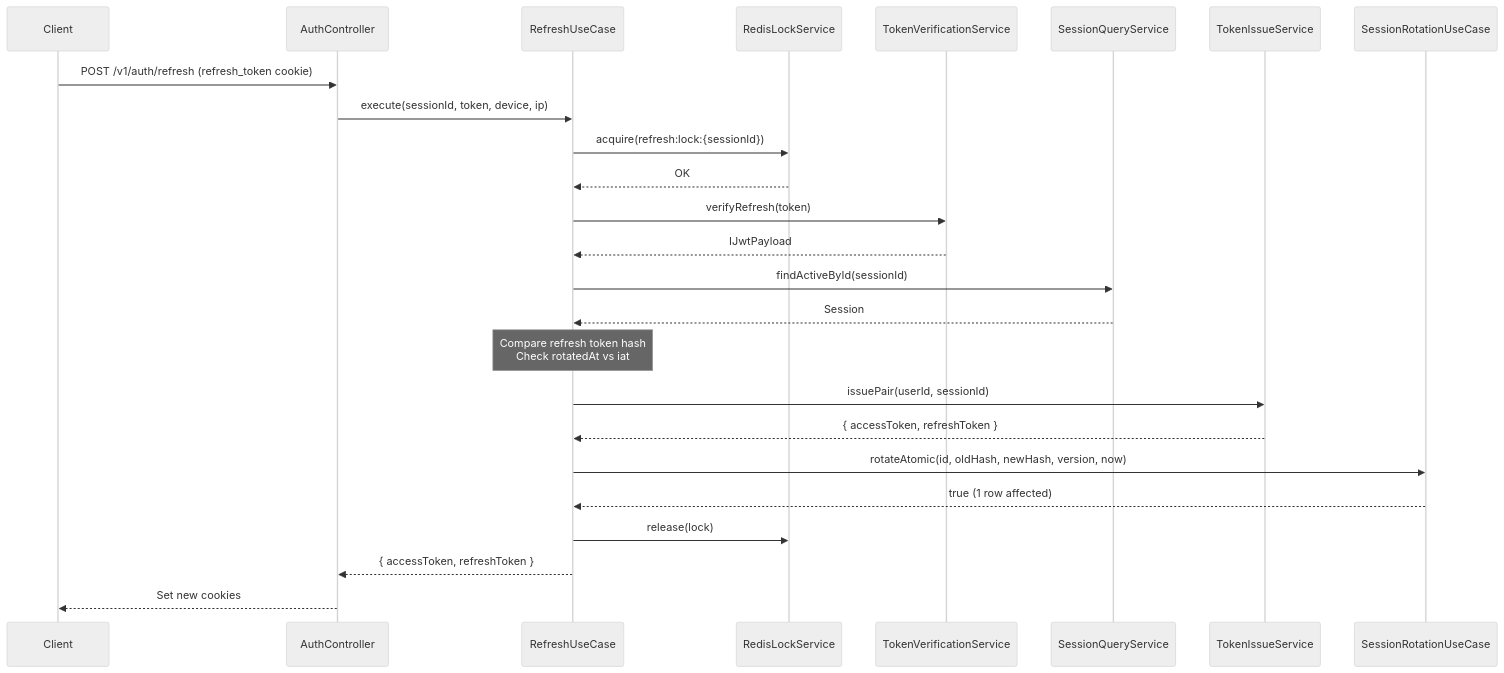
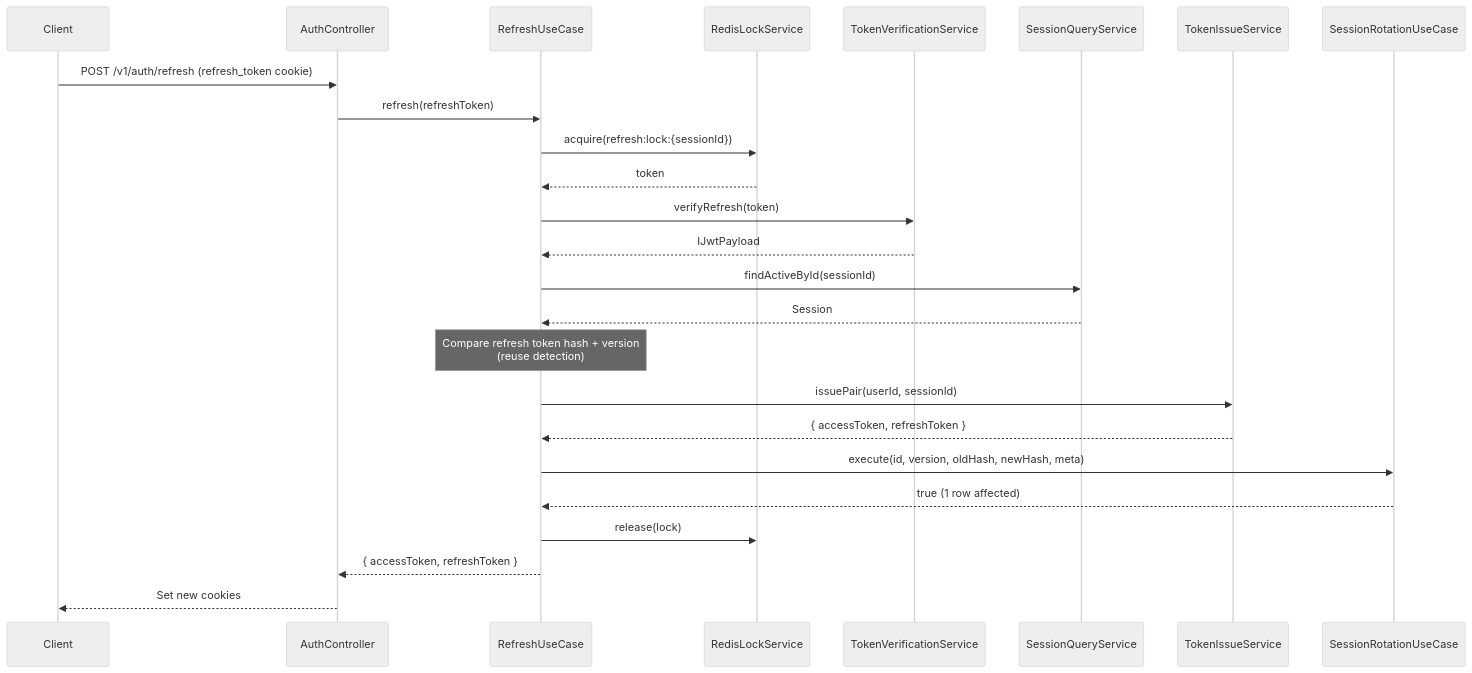
Before and after one commit to l1mindr/nest-backend: the fourth of 7 diagrams in docs/diagrams.md, drawn with Mermaid (neutral theme). The commit also changed other lines of this file and 18 other files, not shown here.

````diff
--- a/docs/diagrams.md
+++ b/docs/diagrams.md
@@ -126,35 +124,35 @@
 ```mermaid
 sequenceDiagram
     participant Client
     participant AuthController
     participant RefreshUseCase
     participant RedisLockService
     participant TokenVerificationService
     participant SessionQueryService
     participant TokenIssueService
     participant SessionRotationUseCase
 
     Client->>AuthController: POST /v1/auth/refresh (refresh_token cookie)
-    AuthController->>RefreshUseCase: execute(sessionId, token, device, ip)
+    AuthController->>RefreshUseCase: refresh(refreshToken)
 
     RefreshUseCase->>RedisLockService: acquire(refresh:lock:{sessionId})
-    RedisLockService-->>RefreshUseCase: OK
+    RedisLockService-->>RefreshUseCase: token
 
     RefreshUseCase->>TokenVerificationService: verifyRefresh(token)
     TokenVerificationService-->>RefreshUseCase: IJwtPayload
 
     RefreshUseCase->>SessionQueryService: findActiveById(sessionId)
     SessionQueryService-->>RefreshUseCase: Session
 
-    Note over RefreshUseCase: Compare refresh token hash<br/>Check rotatedAt vs iat
+    Note over RefreshUseCase: Compare refresh token hash + version<br/>(reuse detection)
 
     RefreshUseCase->>TokenIssueService: issuePair(userId, sessionId)
     TokenIssueService-->>RefreshUseCase: { accessToken, refreshToken }
 
-    RefreshUseCase->>SessionRotationUseCase: rotateAtomic(id, oldHash, newHash, version, now)
+    RefreshUseCase->>SessionRotationUseCase: execute(id, version, oldHash, newHash, meta)
     SessionRotationUseCase-->>RefreshUseCase: true (1 row affected)
 
     RefreshUseCase->>RedisLockService: release(lock)
     RefreshUseCase-->>AuthController: { accessToken, refreshToken }
     AuthController-->>Client: Set new cookies
 ```
````
